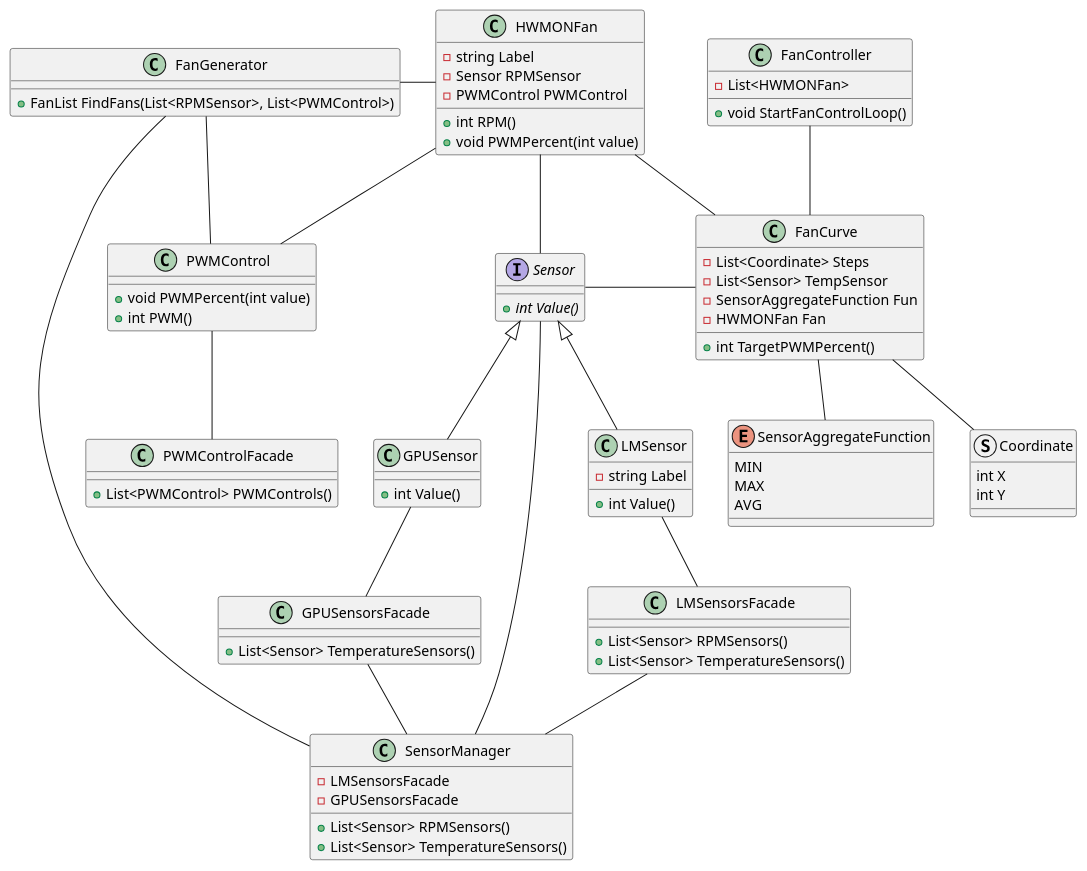
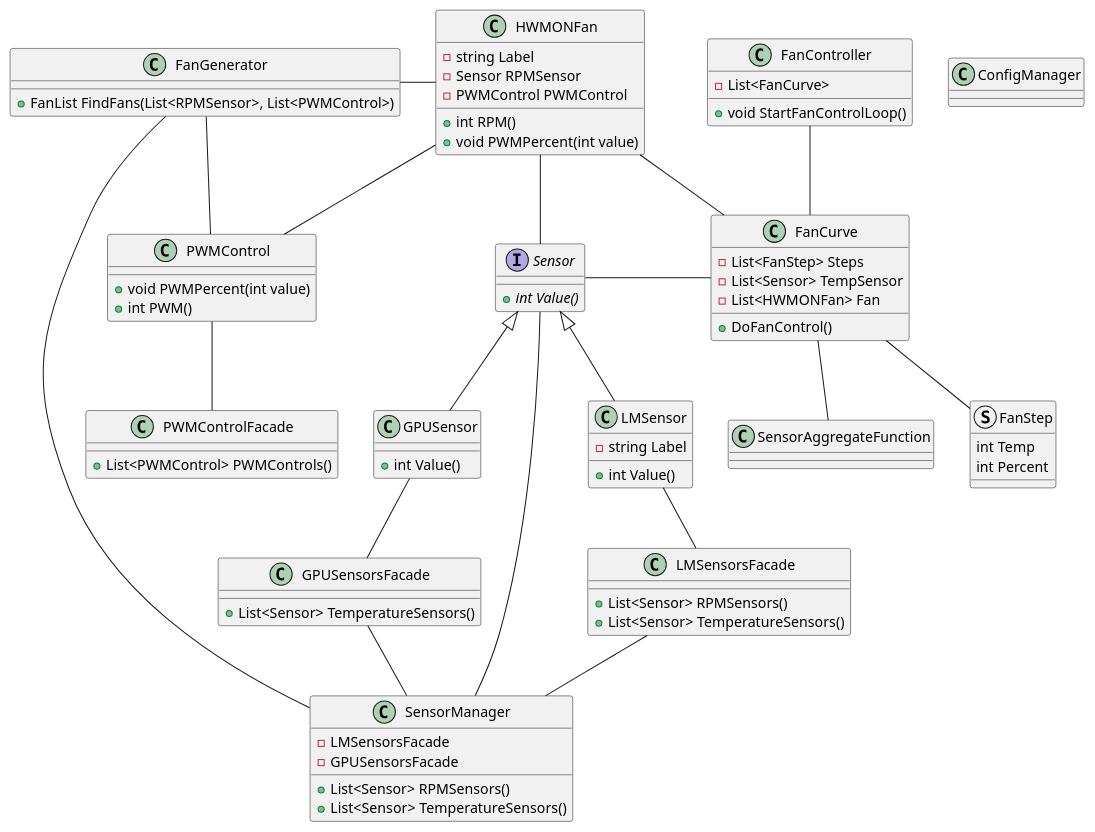
Before and after one commit to Tabascl/fantasize: the diagram in doc/Class.plantuml, drawn with PlantUML. The commit also changed 2 other files, not shown here.

Commit message:
Add basic FanCurve implementation, docs

```diff
--- a/doc/Class.plantuml
+++ b/doc/Class.plantuml
@@ -1,114 +1,111 @@
 @startuml
 interface Sensor {
         + {abstract} int Value()
 }
 
 class LMSensor {
         - string Label
 
         + int Value()
 }
 
 class GPUSensor {
         + int Value()
 }
 
 class HWMONFan {
         - string Label
         - Sensor RPMSensor
         - PWMControl PWMControl
 
         + int RPM()
         + void PWMPercent(int value)
 }
 
 class PWMControl {
         + void PWMPercent(int value)
         + int PWM()
 }
 
 class PWMControlFacade {
         + List<PWMControl> PWMControls()
 }
 
 class LMSensorsFacade
 {
         + List<Sensor> RPMSensors()
         + List<Sensor> TemperatureSensors()
 }
 
 class GPUSensorsFacade
 {
         + List<Sensor> TemperatureSensors()
 }
 
 class SensorManager
 {
         - LMSensorsFacade
         - GPUSensorsFacade
 
         + List<Sensor> RPMSensors()
         + List<Sensor> TemperatureSensors()
 }
 
 class FanGenerator
 {
         + FanList FindFans(List<RPMSensor>, List<PWMControl>)
 }
 
-struct Coordinate
+struct FanStep
 {
-        int X
-        int Y
-}
-
-enum SensorAggregateFunction
-{
-        MIN
-        MAX
-        AVG
+        int Temp
+        int Percent
 }
 
 class FanCurve
 {
-        - List<Coordinate> Steps
+        - List<FanStep> Steps
         - List<Sensor> TempSensor
-        - SensorAggregateFunction Fun
-        - HWMONFan Fan
+        - List<HWMONFan> Fan
 
-        + int TargetPWMPercent()
+        + DoFanControl()
 }
 
 class FanController
 {
-        - List<HWMONFan>
+        - List<FanCurve>
 
         + void StartFanControlLoop()
+}
+
+class ConfigManager
+{
+
 }
 
 HWMONFan -- Sensor
 HWMONFan -- PWMControl
 HWMONFan - FanCurve
 
 PWMControl -- PWMControlFacade
 
 Sensor <|-- LMSensor
 Sensor <|-- GPUSensor
 
 SensorManager - Sensor
 
 LMSensor -- LMSensorsFacade
 GPUSensor -- GPUSensorsFacade
 LMSensorsFacade -- SensorManager
 GPUSensorsFacade -- SensorManager
 
 FanGenerator - HWMONFan
 FanGenerator - SensorManager
 FanGenerator - PWMControl
 
 Sensor - FanCurve
-FanCurve -- Coordinate
+FanCurve -- FanStep
 FanCurve -- SensorAggregateFunction
 
 FanController -- FanCurve
 @enduml
```
